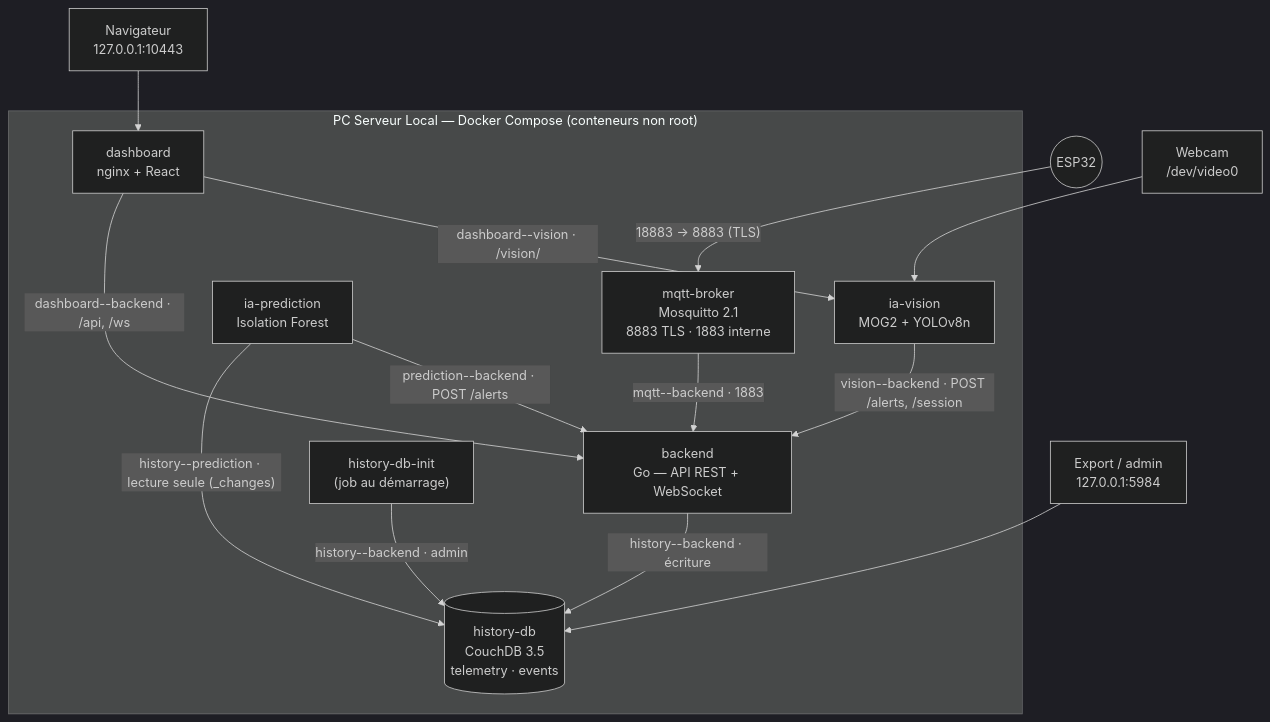
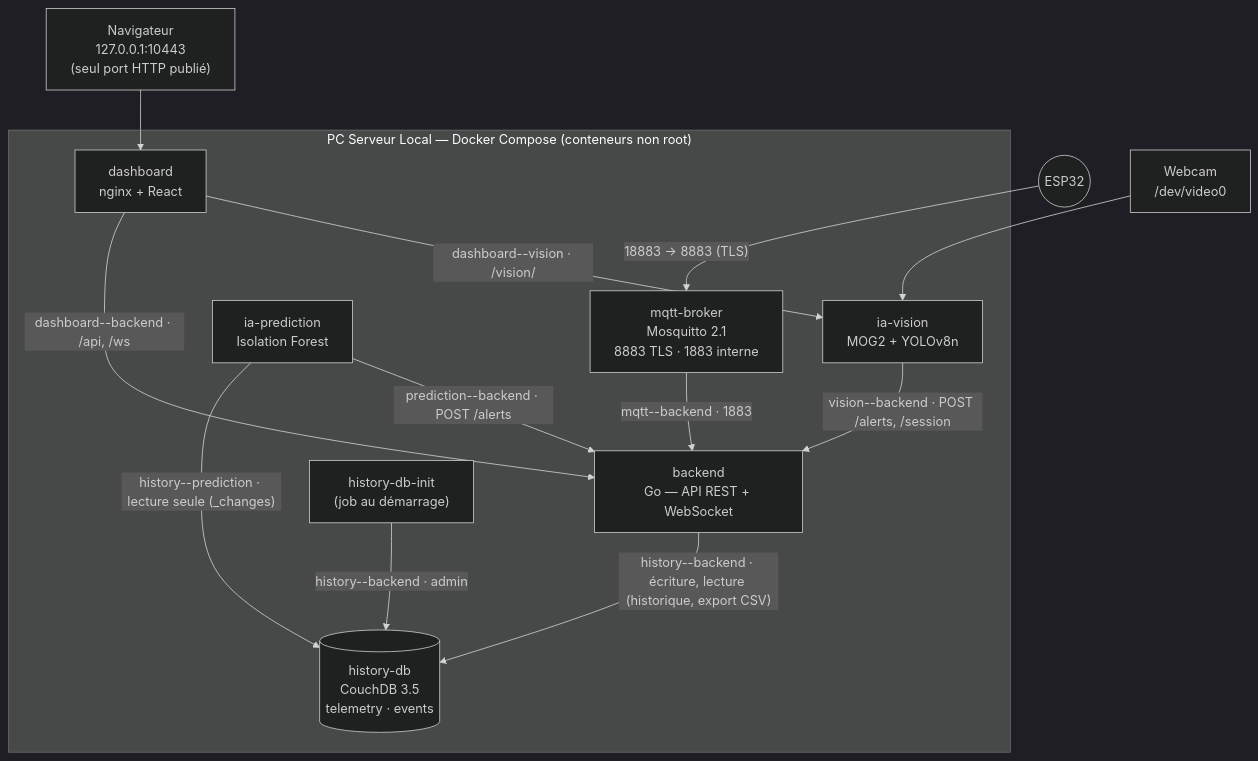
One commit to ESPI-Workshop-Vig1l-8/infra changed the diagram in docs/gen/diagrammes/infrastructure.mmd. Above: the diagram before and after it, drawn with Mermaid (dark theme). The commit also changed 4 other files, not shown here.

Commit message:
docs: report reflects CouchDB no longer published (export through the API)

```diff
--- a/docs/gen/diagrammes/infrastructure.mmd
+++ b/docs/gen/diagrammes/infrastructure.mmd
@@ -1,28 +1,26 @@
 flowchart TB
   esp(("ESP32"))
   cam["Webcam<br/>/dev/video0"]
-  nav["Navigateur<br/>127.0.0.1:10443"]
-  adm["Export / admin<br/>127.0.0.1:5984"]
+  nav["Navigateur<br/>127.0.0.1:10443<br/>(seul port HTTP publié)"]
 
   subgraph host["PC Serveur Local — Docker Compose (conteneurs non root)"]
     broker["mqtt-broker<br/>Mosquitto 2.1<br/>8883 TLS · 1883 interne"]
     backend["backend<br/>Go — API REST + WebSocket"]
     couch[("history-db<br/>CouchDB 3.5<br/>telemetry · events")]
     init["history-db-init<br/>(job au démarrage)"]
     pred["ia-prediction<br/>Isolation Forest"]
     vision["ia-vision<br/>MOG2 + YOLOv8n"]
     dash["dashboard<br/>nginx + React"]
   end
 
   esp -- "18883 → 8883 (TLS)" --> broker
   broker -- "mqtt--backend · 1883" --> backend
-  backend -- "history--backend · écriture" --> couch
+  backend -- "history--backend · écriture, lecture (historique, export CSV)" --> couch
   init -- "history--backend · admin" --> couch
   pred -- "history--prediction · lecture seule (_changes)" --> couch
   pred -- "prediction--backend · POST /alerts" --> backend
   vision -- "vision--backend · POST /alerts, /session" --> backend
   dash -- "dashboard--backend · /api, /ws" --> backend
   dash -- "dashboard--vision · /vision/" --> vision
   cam --> vision
   nav --> dash
-  adm --> couch
```
